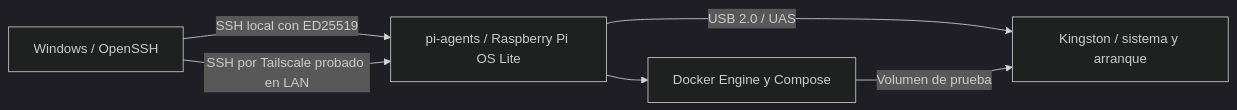
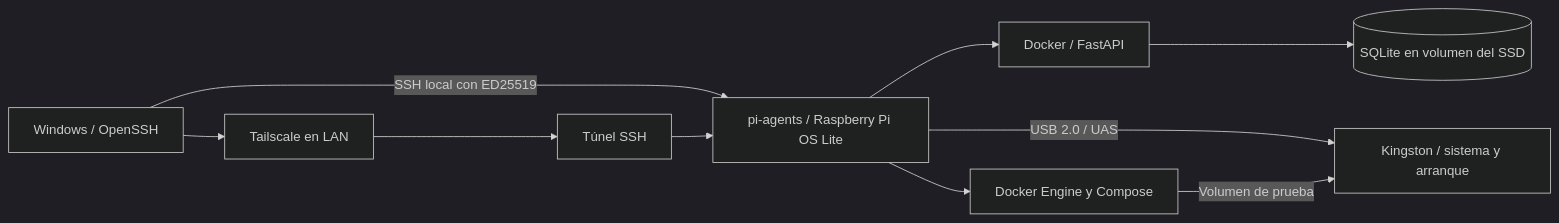
Before and after one commit to afvv2602/pi-agents: the first of 2 diagrams in docs/04-arquitectura.md, drawn with Mermaid (dark theme). The commit also changed other lines of this file and 9 other files, not shown here.

````diff
--- a/docs/04-arquitectura.md
+++ b/docs/04-arquitectura.md
@@ -7,8 +7,9 @@
 ```mermaid
 flowchart LR
   Admin[Windows / OpenSSH] -->|SSH local con ED25519| Host[pi-agents / Raspberry Pi OS Lite]
-  Admin -->|SSH por Tailscale probado en LAN| Host
+  Admin --> TS[Tailscale en LAN] --> Tunnel[Túnel SSH] --> Host
+  Host --> API[Docker / FastAPI] --> DB[(SQLite en volumen del SSD)]
   Host -->|USB 2.0 / UAS| SSD[Kingston / sistema y arranque]
   Host --> Engine[Docker Engine y Compose]
   Engine -->|Volumen de prueba| SSD
 ```
````
